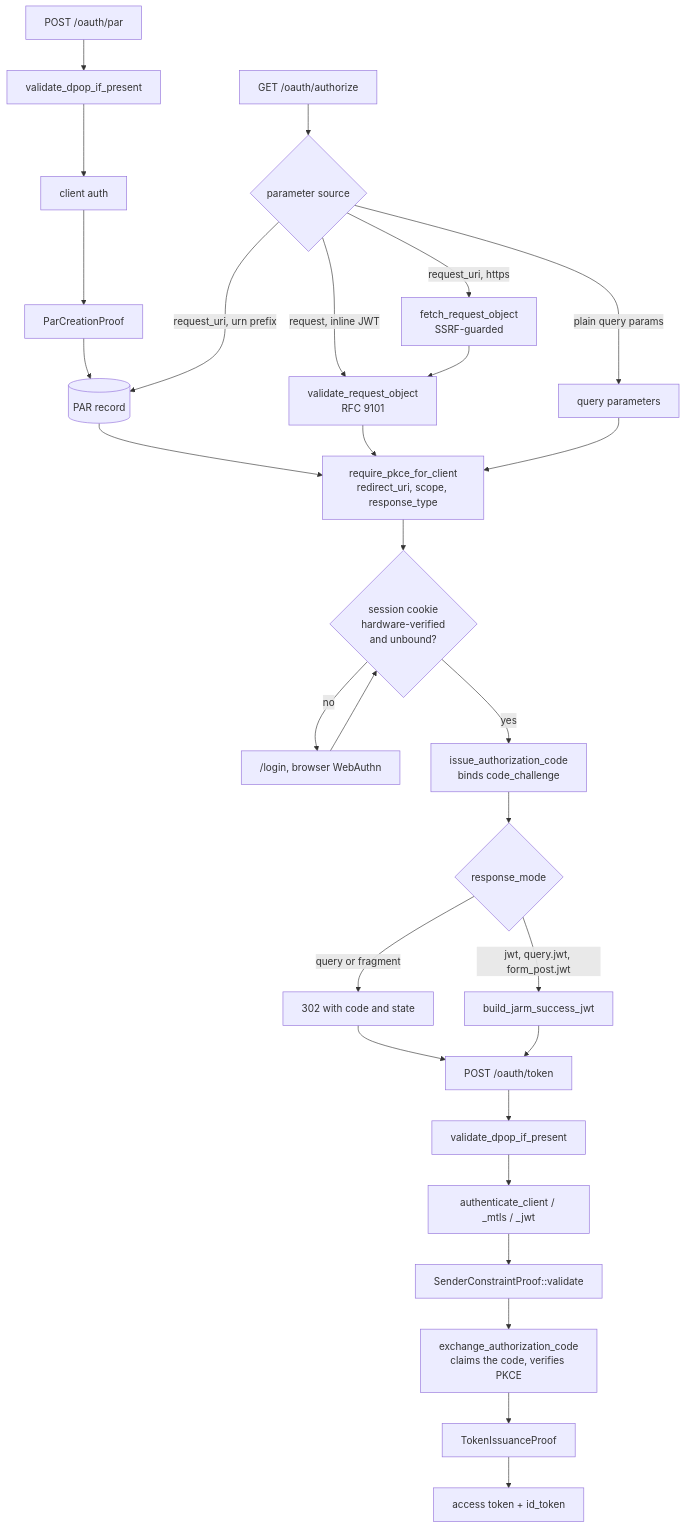
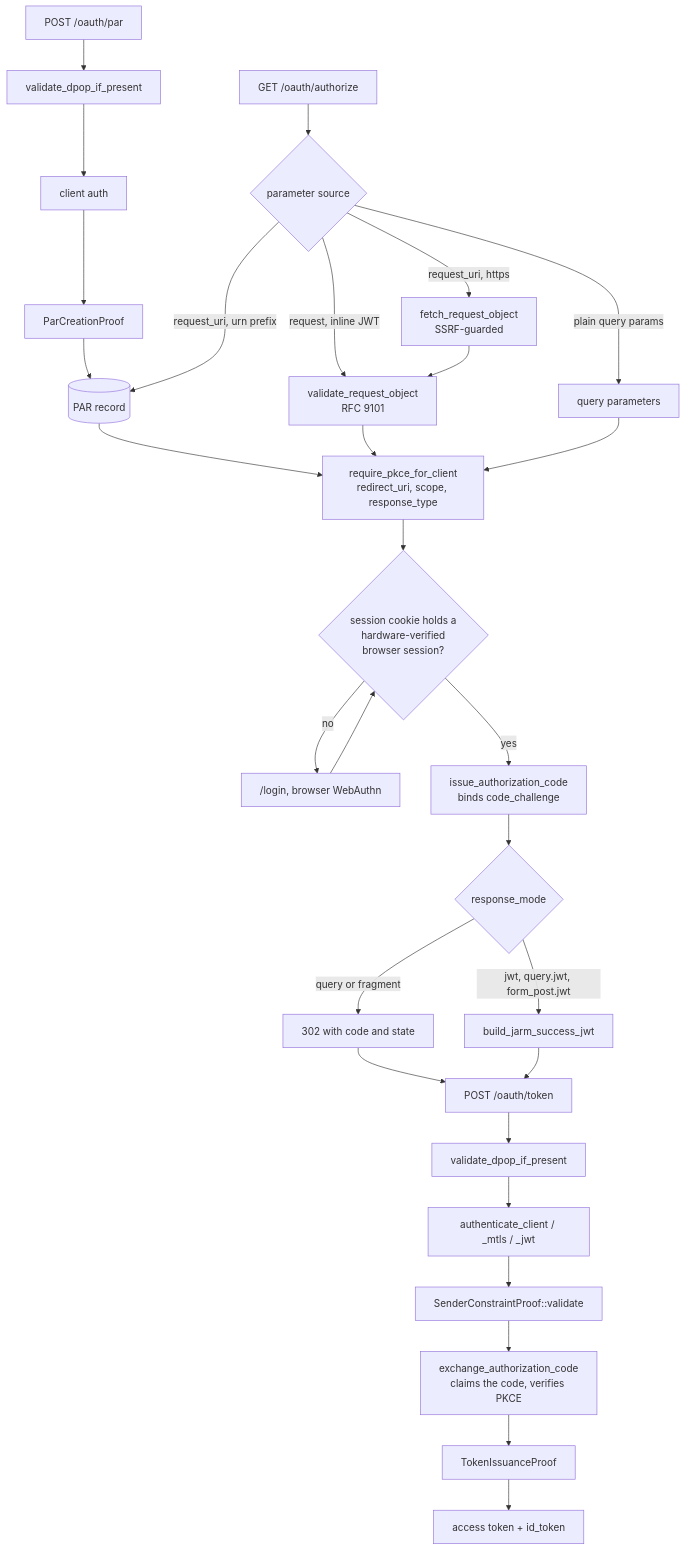
The sixth of 8 diagrams in crates/vouch-server/ARCHITECTURE.md (vouch-sh/vouch), drawn with Mermaid before and after one commit. The commit also changed other lines of this file and 3 other files, not shown here.

````diff
--- a/crates/vouch-server/ARCHITECTURE.md
+++ b/crates/vouch-server/ARCHITECTURE.md
@@ -385,25 +390,25 @@
 ```mermaid
 flowchart TB
   par0["POST /oauth/par"] --> pdpop["validate_dpop_if_present"] --> pauth["client auth"] --> pproof["ParCreationProof"] --> pstore[("PAR record")]
   authz["GET /oauth/authorize"] --> resolve{"parameter source"}
   resolve -- "request_uri, urn prefix" --> pstore
   resolve -- "request, inline JWT" --> jar["validate_request_object<br/>RFC 9101"]
   resolve -- "request_uri, https" --> fetch["fetch_request_object<br/>SSRF-guarded"] --> jar
   resolve -- "plain query params" --> plain["query parameters"]
   pstore --> checks
   jar --> checks
   plain --> checks
-  checks["require_pkce_for_client<br/>redirect_uri, scope, response_type"] --> sess{"session cookie<br/>hardware-verified<br/>and unbound?"}
+  checks["require_pkce_for_client<br/>redirect_uri, scope, response_type"] --> sess{"session cookie holds a<br/>hardware-verified<br/>browser session?"}
   sess -- "no" --> login["/login, browser WebAuthn"] --> sess
   sess -- "yes" --> code["issue_authorization_code<br/>binds code_challenge"]
   code --> mode{"response_mode"}
   mode -- "query or fragment" --> plainredir["302 with code and state"]
   mode -- "jwt, query.jwt, form_post.jwt" --> jarm["build_jarm_success_jwt"]
   plainredir --> tok["POST /oauth/token"]
   jarm --> tok
   tok --> tdpop["validate_dpop_if_present"]
   tdpop --> tauth["authenticate_client / _mtls / _jwt"]
   tauth --> tsc["SenderConstraintProof::validate"]
   tsc --> tex["exchange_authorization_code<br/>claims the code, verifies PKCE"]
   tex --> tproof["TokenIssuanceProof"] --> out["access token + id_token"]
 ```
````
